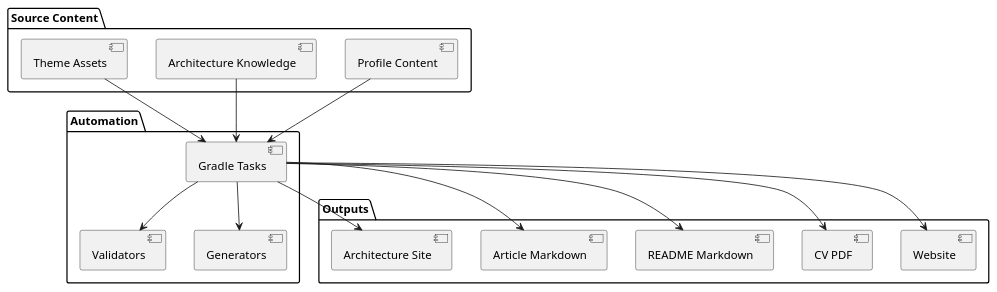
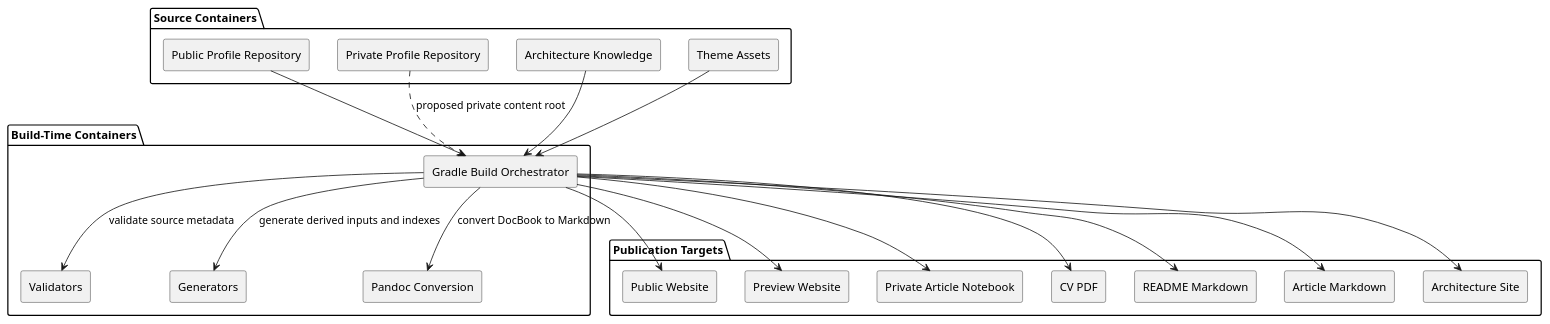
One commit to dieterbaier/profile changed the second of 3 diagrams in src-content/docs/arc42/doc-05000-building-block-view.adoc. Above: the diagram before and after it, drawn with PlantUML. The commit also changed other lines of this file and 42 other files, not shown here.

Commit message:
issue_27: Document article lifecycle architecture

```diff
--- a/src-content/docs/arc42/doc-05000-building-block-view.adoc
+++ b/src-content/docs/arc42/doc-05000-building-block-view.adoc
@@ -22,32 +53,45 @@
 [plantuml]
 ----
 @startuml
-package "Source Content" {
-  [Profile Content] as Profile
+skinparam componentStyle rectangle
+
+package "Source Containers" {
+  [Public Profile Repository] as PublicRepo
+  [Private Profile Repository] as PrivateRepo
   [Architecture Knowledge] as Architecture
   [Theme Assets] as Theme
 }
-package "Automation" {
-  [Gradle Tasks] as Gradle
+
+package "Build-Time Containers" {
+  [Gradle Build Orchestrator] as Gradle
   [Validators] as Validators
   [Generators] as Generators
+  [Pandoc Conversion] as Pandoc
 }
-package "Outputs" {
-  [Website]
-  [CV PDF]
-  [README Markdown]
-  [Article Markdown]
-  [Architecture Site]
+
+package "Publication Targets" {
+  [Public Website] as PublicSite
+  [Preview Website] as PreviewSite
+  [Private Article Notebook] as PrivateSite
+  [CV PDF] as CV
+  [README Markdown] as Readme
+  [Article Markdown] as ArticleMarkdown
+  [Architecture Site] as ArchitectureSite
 }
-Profile --> Gradle
+
+PublicRepo --> Gradle
+PrivateRepo ..> Gradle : proposed private content root
 Architecture --> Gradle
 Theme --> Gradle
-Gradle --> Validators
-Gradle --> Generators
-Gradle --> Website
-Gradle --> [CV PDF]
-Gradle --> [README Markdown]
-Gradle --> [Article Markdown]
-Gradle --> [Architecture Site]
+Gradle --> Validators : validate source metadata
+Gradle --> Generators : generate derived inputs and indexes
+Gradle --> Pandoc : convert DocBook to Markdown
+Gradle --> PublicSite
+Gradle --> PreviewSite
+Gradle --> PrivateSite
+Gradle --> CV
+Gradle --> Readme
+Gradle --> ArticleMarkdown
+Gradle --> ArchitectureSite
 @enduml
 ----
```
